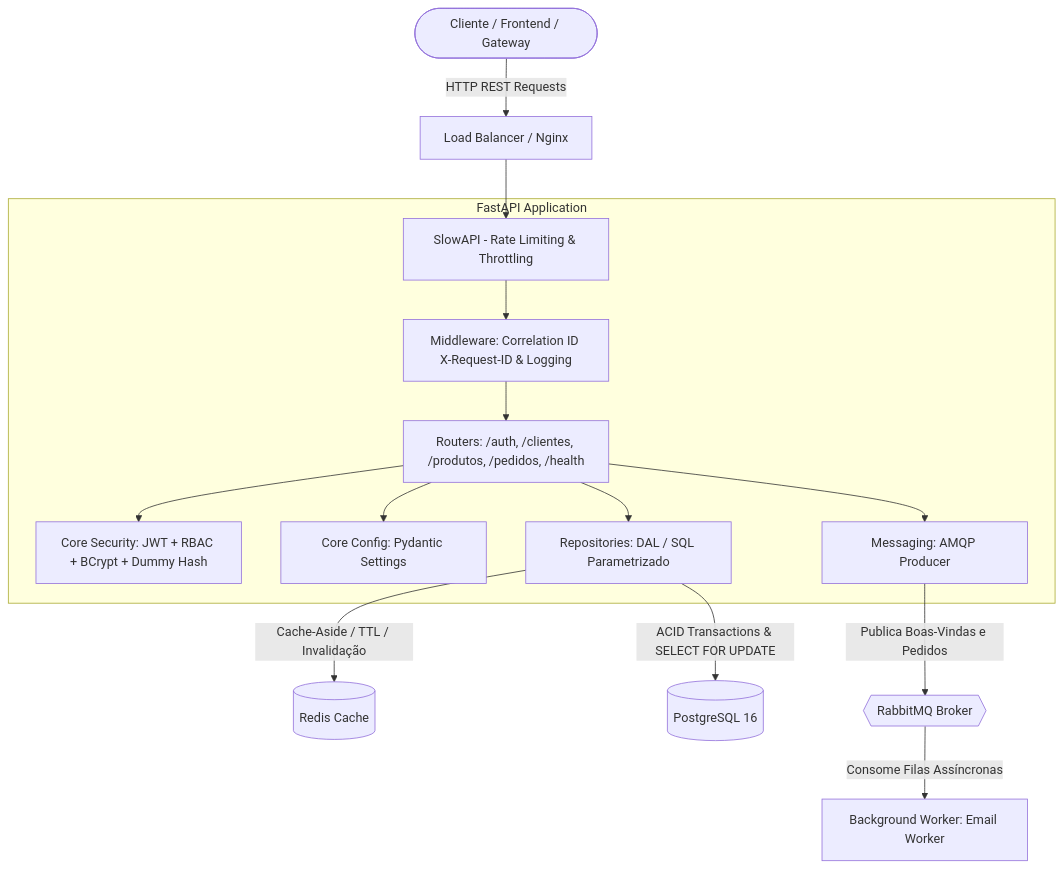
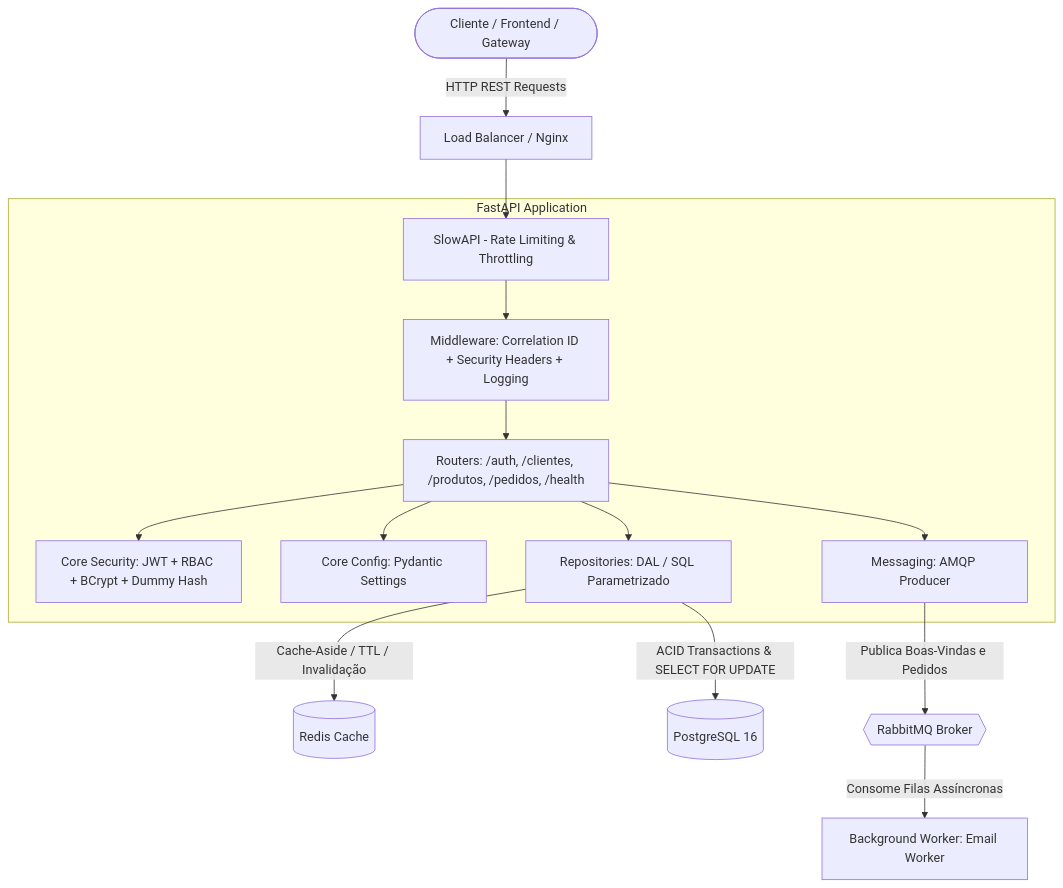
The diagram in README.md (RafaelSantanaM/loja_roupas), drawn with Mermaid before and after one commit. The commit also changed other lines of this file and 2 other files, not shown here.

Commit message:
docs(security): add complete cybersecurity hardening guide and update project documentation

````diff
--- a/README.md
+++ b/README.md
@@ -24,20 +25,20 @@
 ```mermaid
 graph TD
     User([Cliente / Frontend / Gateway]) -->|HTTP REST Requests| LB[Load Balancer / Nginx]
     LB --> RateLimit[SlowAPI - Rate Limiting & Throttling]
     
     subgraph FastAPI Application
-        RateLimit --> Middleware[Middleware: Correlation ID X-Request-ID & Logging]
+        RateLimit --> Middleware[Middleware: Correlation ID + Security Headers + Logging]
         Middleware --> Routers[Routers: /auth, /clientes, /produtos, /pedidos, /health]
         Routers --> Security[Core Security: JWT + RBAC + BCrypt + Dummy Hash]
         Routers --> Config[Core Config: Pydantic Settings]
         Routers --> Repositories[Repositories: DAL / SQL Parametrizado]
         Routers --> Producer[Messaging: AMQP Producer]
     end
 
     Repositories -->|Cache-Aside / TTL / Invalidação| Redis[(Redis Cache)]
     Repositories -->|ACID Transactions & SELECT FOR UPDATE| Postgres[(PostgreSQL 16)]
     
     Producer -->|Publica Boas-Vindas e Pedidos| RabbitMQ{{RabbitMQ Broker}}
     RabbitMQ -->|Consome Filas Assíncronas| Worker[Background Worker: Email Worker]
 ```
````
